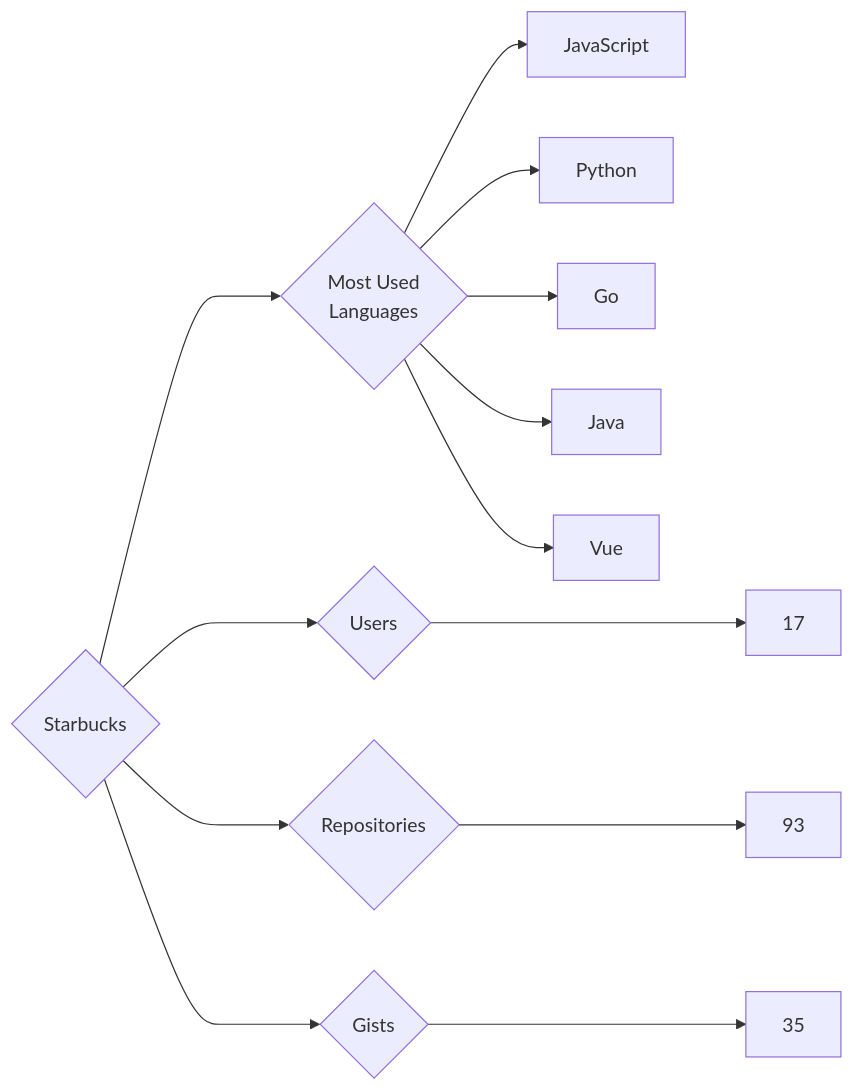
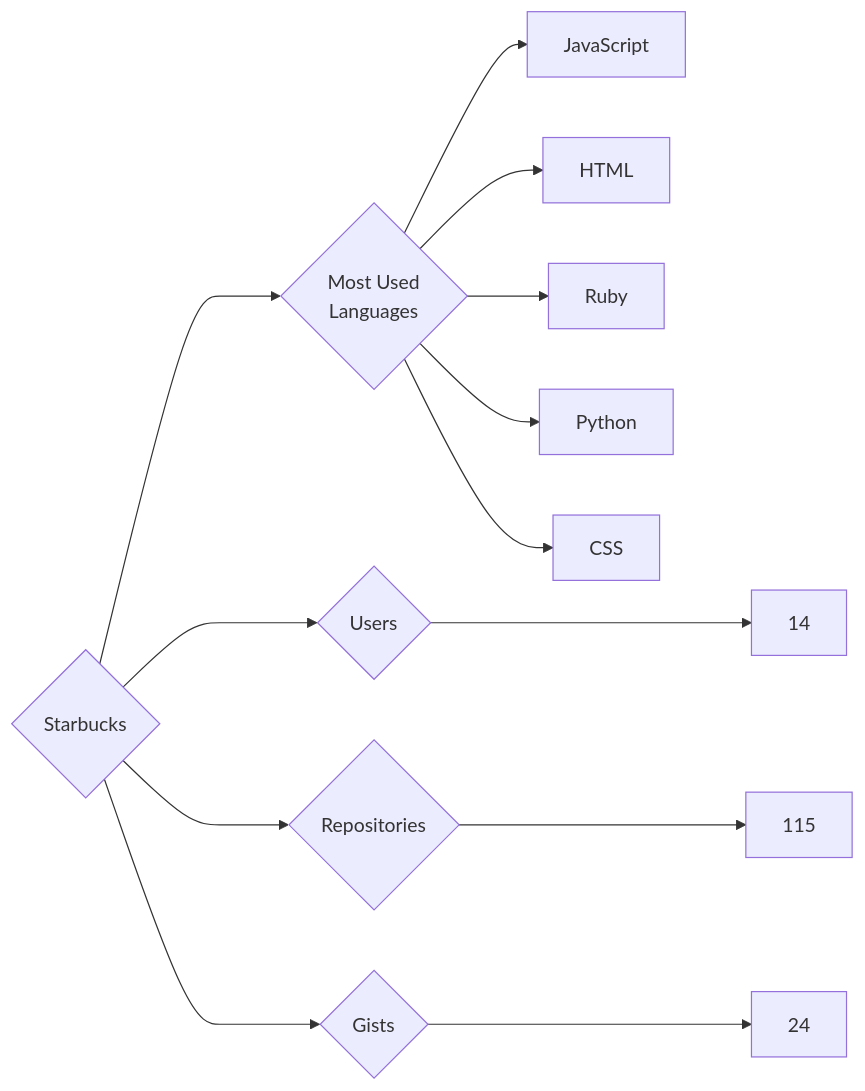
Before and after one commit to trickest/insiders: the diagram in targets/Starbucks/README.md, drawn with Mermaid. The commit also changed 948 other files, not shown here.

````diff
--- a/targets/Starbucks/README.md
+++ b/targets/Starbucks/README.md
@@ -3,13 +3,13 @@
 ```mermaid
 graph LR
 COMPANY_NAME{Starbucks}
-COMPANY_NAME ---> U{Users} ---> UN[17]
-COMPANY_NAME ---> R{Repositories} ---> RN[93]
-COMPANY_NAME ---> G{Gists} ---> GN[35]
+COMPANY_NAME ---> U{Users} ---> UN[14]
+COMPANY_NAME ---> R{Repositories} ---> RN[115]
+COMPANY_NAME ---> G{Gists} ---> GN[24]
 COMPANY_NAME ---> ML{Most Used<br>Languages}
 ML --> JavaScript[JavaScript]
+ML --> HTML[HTML]
+ML --> Ruby[Ruby]
 ML --> Python[Python]
-ML --> Go[Go]
-ML --> Java[Java]
-ML --> Vue[Vue]
+ML --> CSS[CSS]
 ```
````
